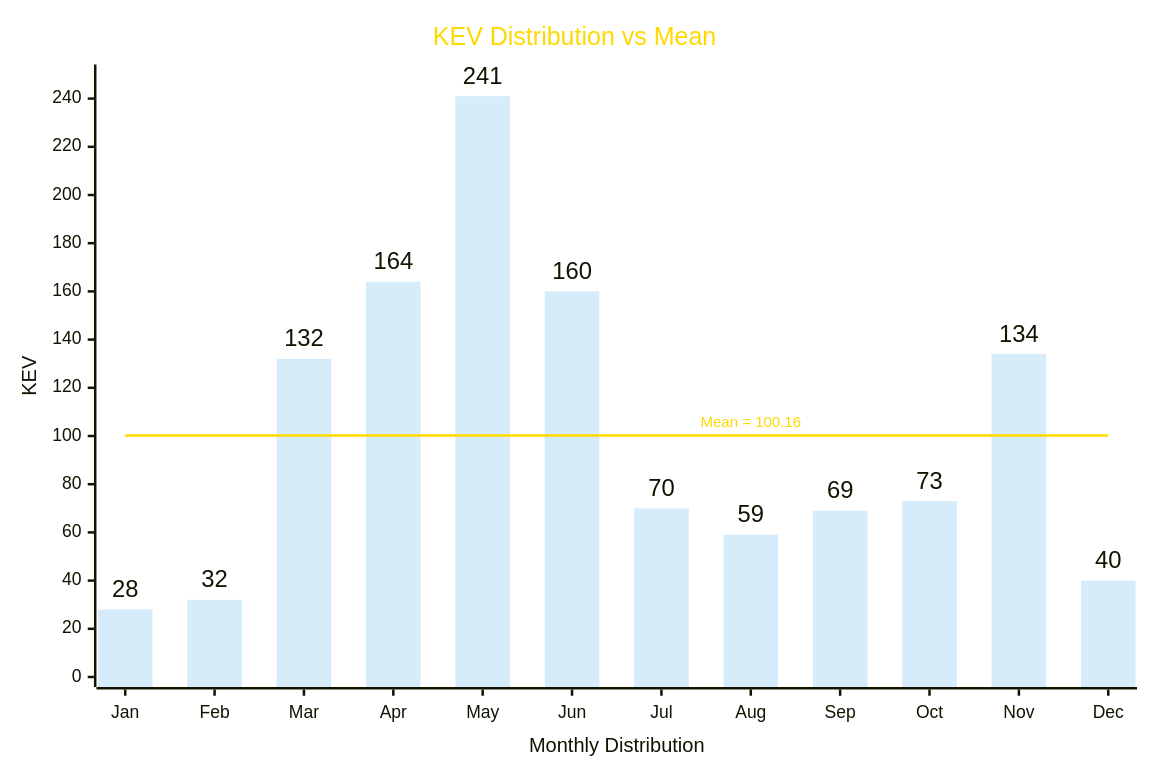
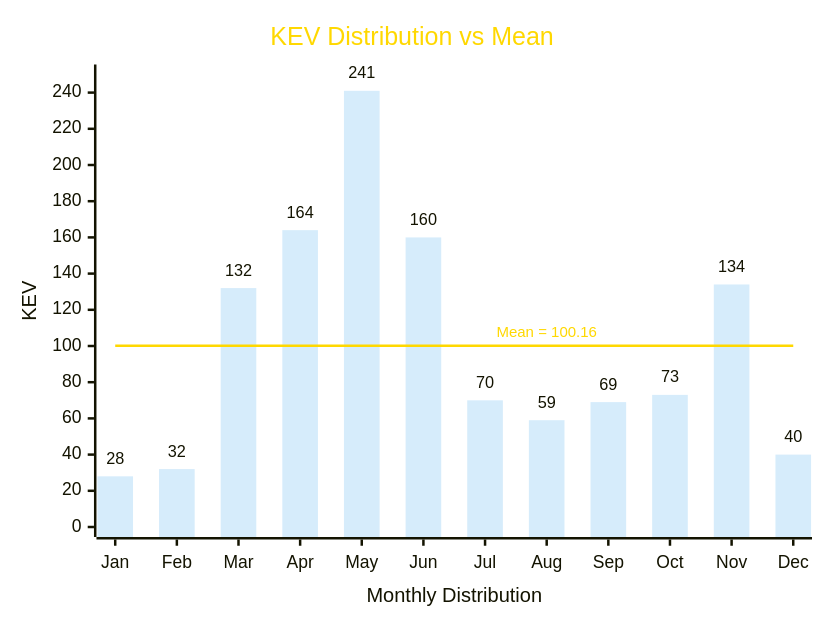
Before and after one commit to myseq/makeshift: the diagram in mdfiles/cisakev36m.md, drawn with Mermaid. The commit also changed other lines of this file, not shown here.

````diff
--- a/mdfiles/cisakev36m.md
+++ b/mdfiles/cisakev36m.md
@@ -3,23 +3,23 @@
 ```mermaid
 ---
 config:
     xyChart:
-        width: 900
-        height: 600
+        width: 640
+        height: 480
         showLegend: true
         showDataLabel: true
         showDataLabelOutsideBar: true
     themeVariables:
         xyChart:
             titleColor: "#ffd800"
             plotColorPalette: '#36A2EB33, #ffd800'
 
 ---
 xychart
     title "KEV Distribution vs Mean"
     x-axis "Monthly Distribution" [Jan, Feb, Mar, Apr, May, Jun, Jul, Aug, Sep, Oct, Nov, Dec]
     y-axis "KEV" 0 --> 250
     bar "month" [28, 32, 132, 164, 241, 160, 70, 59, 69, 73, 134, 40]
     line "mean" [100.16, 100.16, 100.16, 100.16, 100.16, 100.16, 100.16, 100.16 "Mean = 100.16", 100.16, 100.16, 100.16, 100.16]
 
 ```
````
